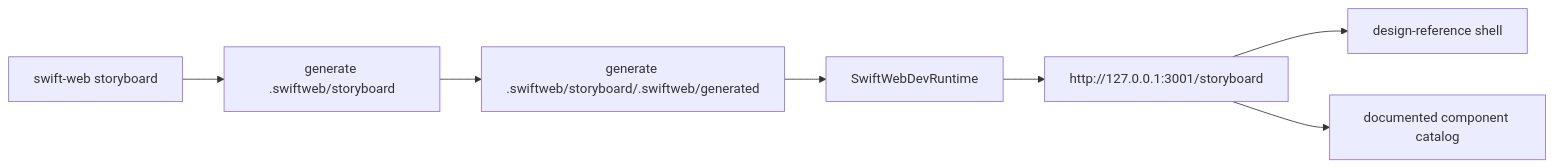
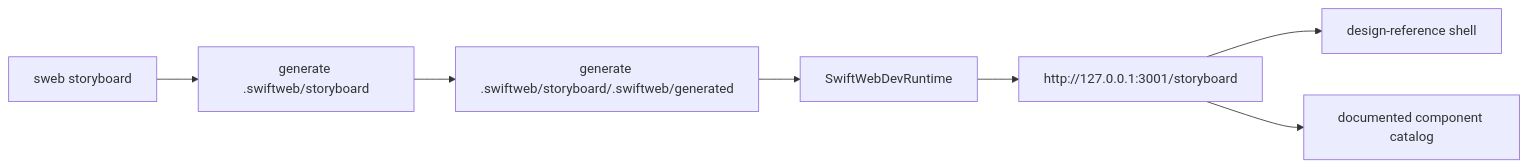
Before and after one commit to 1amageek/swift-web: the fifth of 9 diagrams in Sources/SwiftWebCLI/README.md, drawn with Mermaid. The commit also changed other lines of this file and 24 other files, not shown here.

````diff
--- a/Sources/SwiftWebCLI/README.md
+++ b/Sources/SwiftWebCLI/README.md
@@ -92,9 +113,9 @@
 ```mermaid
 flowchart LR
-  A["swift-web storyboard"] --> B["generate .swiftweb/storyboard"]
+  A["sweb storyboard"] --> B["generate .swiftweb/storyboard"]
   B --> C["generate .swiftweb/storyboard/.swiftweb/generated"]
   C --> D["SwiftWebDevRuntime"]
   D --> E["http://127.0.0.1:3001/storyboard"]
   E --> F["design-reference shell"]
   E --> G["documented component catalog"]
 ```
````
